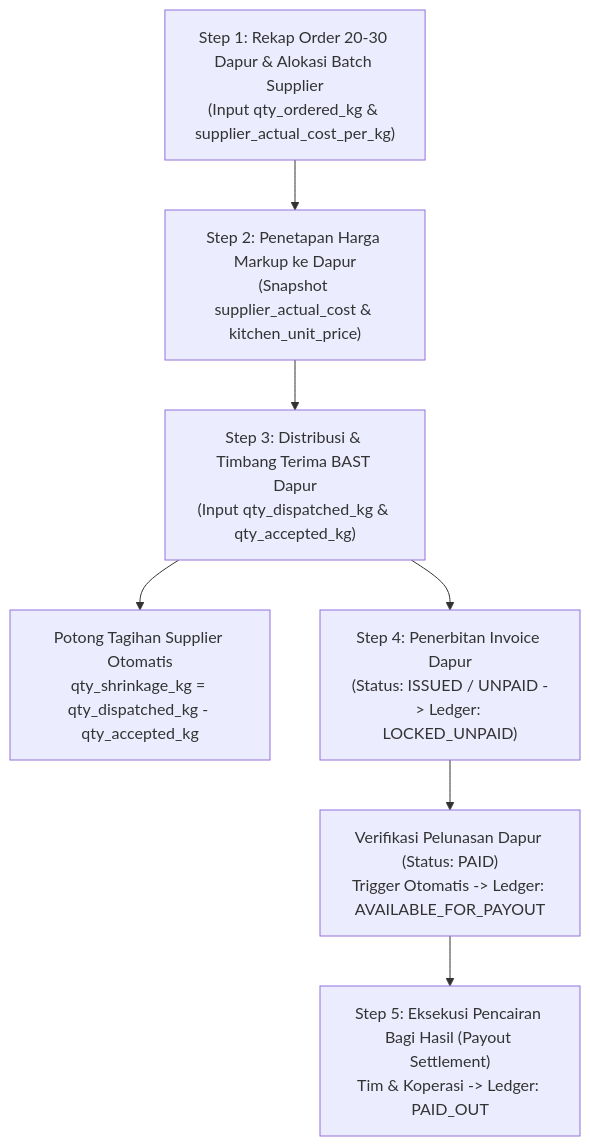
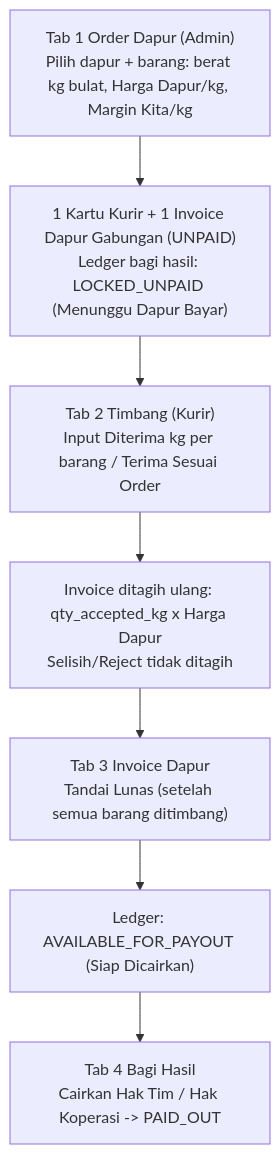
Before and after one commit to nafta121/mbg-supply-ledger: the diagram in docs/01-domain-workflows-and-formulas.md, drawn with Mermaid. The commit also changed other lines of this file and 84 other files, not shown here.

Commit message:
feat: pivot to kitchen order-driven flow without stock or supplier settlement

````diff
--- a/docs/01-domain-workflows-and-formulas.md
+++ b/docs/01-domain-workflows-and-formulas.md
@@ -9,9 +12,9 @@
 ```mermaid
 flowchart TD
-    S1["Step 1: Rekap Order 20-30 Dapur & Alokasi Batch Supplier\n(Input qty_ordered_kg & supplier_actual_cost_per_kg)"] --> S2["Step 2: Penetapan Harga Markup ke Dapur\n(Snapshot supplier_actual_cost & kitchen_unit_price)"]
-    S2 --> S3["Step 3: Distribusi & Timbang Terima BAST Dapur\n(Input qty_dispatched_kg & qty_accepted_kg)"]
-    S3 --> S3A["Potong Tagihan Supplier Otomatis\nqty_shrinkage_kg = qty_dispatched_kg - qty_accepted_kg"]
-    S3 --> S4["Step 4: Penerbitan Invoice Dapur\n(Status: ISSUED / UNPAID -> Ledger: LOCKED_UNPAID)"]
-    S4 --> S4P["Verifikasi Pelunasan Dapur (Status: PAID)\nTrigger Otomatis -> Ledger: AVAILABLE_FOR_PAYOUT"]
-    S4P --> S5["Step 5: Eksekusi Pencairan Bagi Hasil (Payout Settlement)\nTim & Koperasi -> Ledger: PAID_OUT"]
+    S1["Tab 1 Order Dapur (Admin)\nPilih dapur + barang: berat kg bulat, Harga Dapur/kg, Margin Kita/kg"] --> S2["1 Kartu Kurir + 1 Invoice Dapur Gabungan (UNPAID)\nLedger bagi hasil: LOCKED_UNPAID (Menunggu Dapur Bayar)"]
+    S2 --> S3["Tab 2 Timbang (Kurir)\nInput Diterima kg per barang / Terima Sesuai Order"]
+    S3 --> S3A["Invoice ditagih ulang: qty_accepted_kg x Harga Dapur\nSelisih/Reject tidak ditagih"]
+    S3A --> S4["Tab 3 Invoice Dapur\nTandai Lunas (setelah semua barang ditimbang)"]
+    S4 --> S5["Ledger: AVAILABLE_FOR_PAYOUT (Siap Dicairkan)"]
+    S5 --> S6["Tab 4 Bagi Hasil\nCairkan Hak Tim / Hak Koperasi -> PAID_OUT"]
 ```
````
